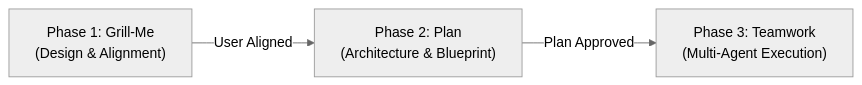
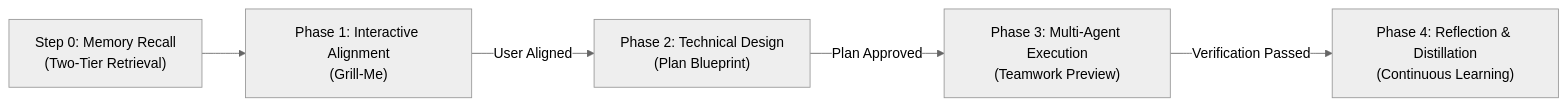
One commit to tysongoulding/grill-plan-team changed the diagram in templates/antigravity/rules/AGENTS.md. Above: the diagram before and after it, drawn with Mermaid (neutral theme). The commit also changed other lines of this file and 23 other files, not shown here.

Commit message:
feat(memory): implement two-tier recursive memory and training engine

````diff
--- a/templates/antigravity/rules/AGENTS.md
+++ b/templates/antigravity/rules/AGENTS.md
@@ -5,5 +5,7 @@
 ```mermaid
 flowchart LR
-    A["Phase 1: Grill-Me<br/>(Design & Alignment)"] -->|"User Aligned"| B["Phase 2: Plan<br/>(Architecture & Blueprint)"]
-    B -->|"Plan Approved"| C["Phase 3: Teamwork<br/>(Multi-Agent Execution)"]
+    M["Step 0: Memory Recall<br/>(Two-Tier Retrieval)"] --> A["Phase 1: Interactive Alignment<br/>(Grill-Me)"]
+    A -->|"User Aligned"| B["Phase 2: Technical Design<br/>(Plan Blueprint)"]
+    B -->|"Plan Approved"| C["Phase 3: Multi-Agent Execution<br/>(Teamwork Preview)"]
+    C -->|"Verification Passed"| D["Phase 4: Reflection & Distillation<br/>(Continuous Learning)"]
 ```
````
